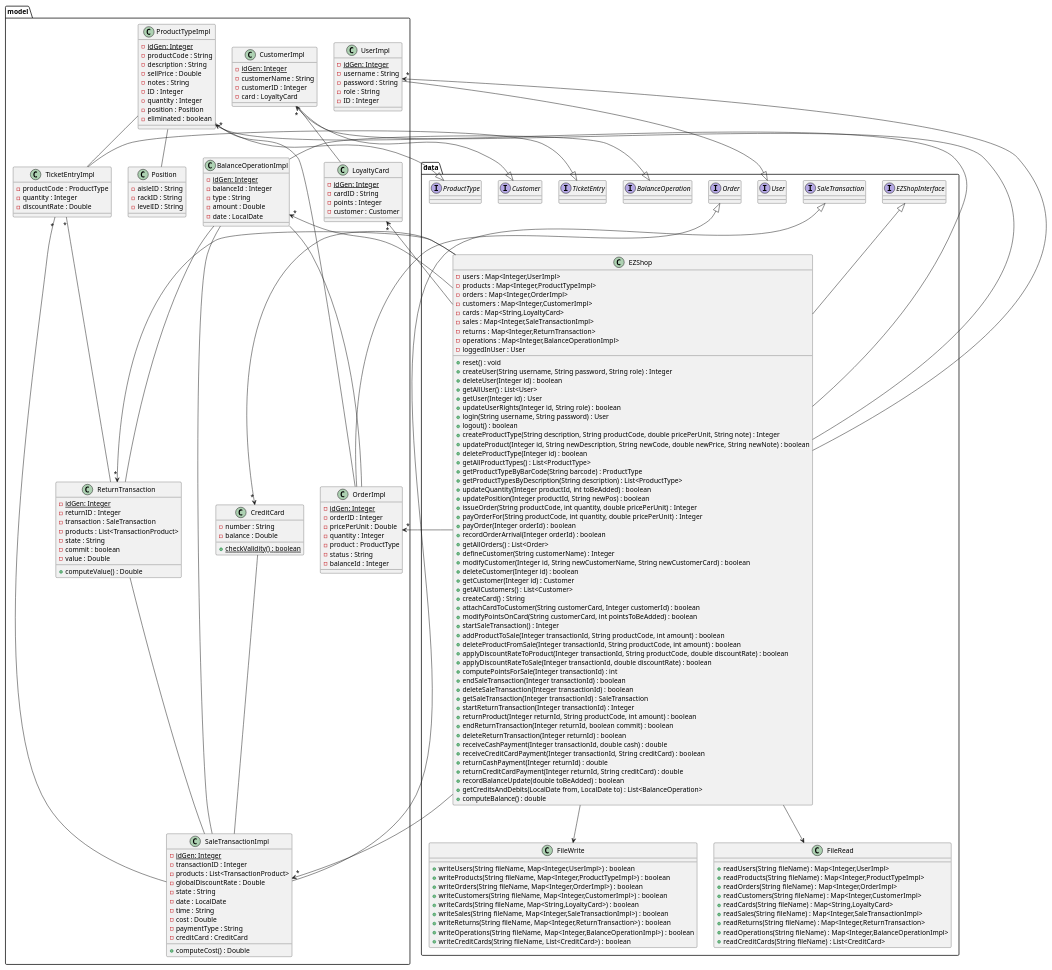
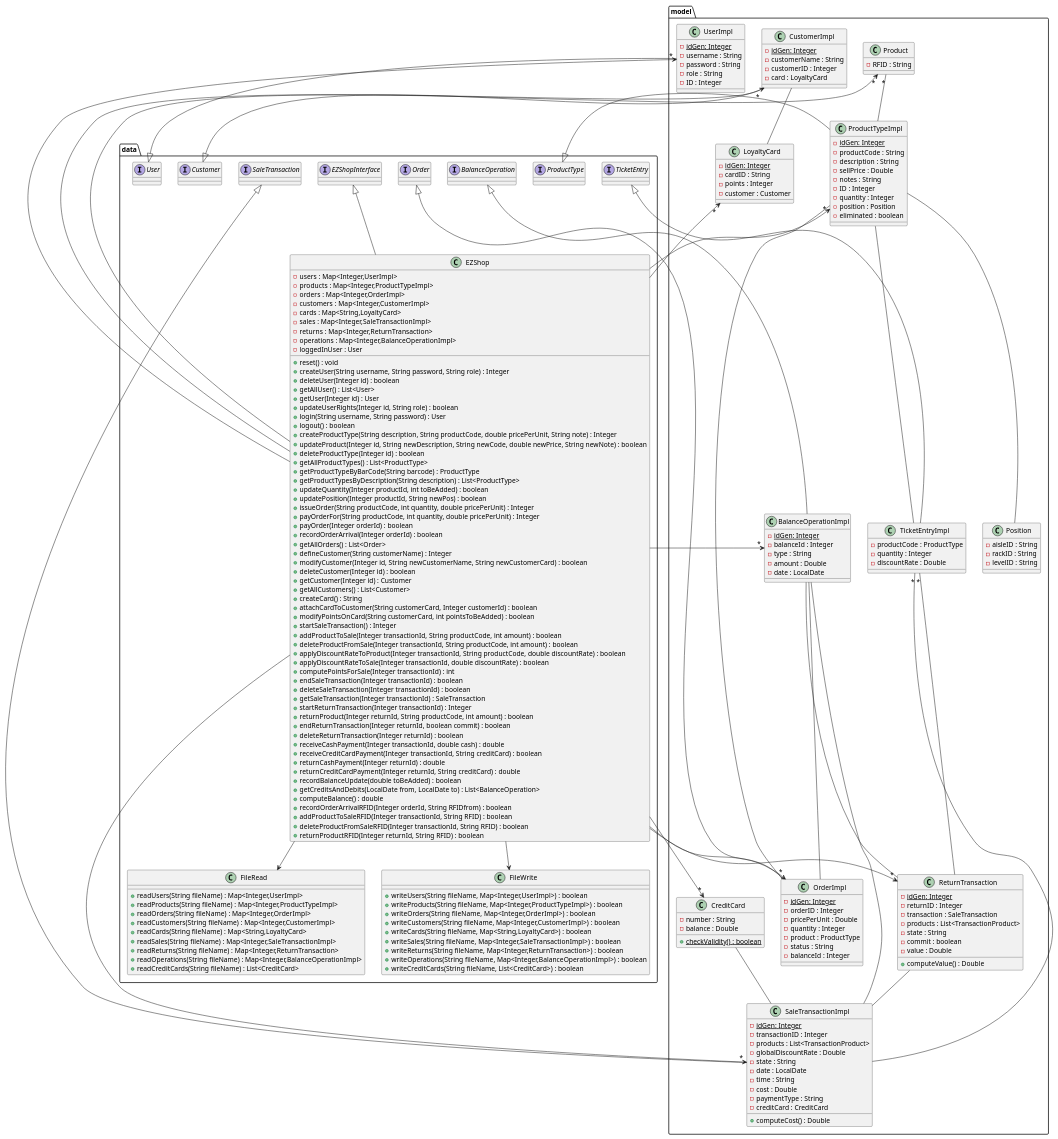
Before and after one commit to giuseppesalvi/ezshop: the second of 28 diagrams in Deliverables/DesignDocument.md, drawn with PlantUML. The commit also changed other lines of this file, not shown here.

```diff
--- a/Deliverables/DesignDocument.md
+++ b/Deliverables/DesignDocument.md
@@ -58,6 +58,10 @@
         -password : String
         -role : String
         -ID : Integer
+    }
+    
+    class Product{
+        -RFID : String
     }
 
 
@@ -212,6 +216,10 @@
         +recordBalanceUpdate(double toBeAdded) : boolean
         +getCreditsAndDebits(LocalDate from, LocalDate to) : List<BalanceOperation>
         +computeBalance() : double
+        +recordOrderArrivalRFID(Integer orderId, String RFIDfrom) : boolean
+        +addProductToSaleRFID(Integer transactionId, String RFID) : boolean
+        +deleteProductFromSaleRFID(Integer transactionId, String RFID) : boolean 
+        +returnProductRFID(Integer returnId, String RFID) : boolean
     }
 
     Class FileRead{
@@ -257,6 +265,7 @@
 BalanceOperationImpl -- ReturnTransaction
 BalanceOperationImpl -- SaleTransactionImpl
 CreditCard -- SaleTransactionImpl
+Product "*" -- ProductTypeImpl
 ProductTypeImpl -- OrderImpl
 ProductTypeImpl -- TicketEntryImpl
 ProductTypeImpl -- Position
@@ -274,6 +283,7 @@
 
 EZShop -up-> "*" UserImpl
 EZShop -up-> "*" ProductTypeImpl
+EZShop -up-> "*" Product
 EZShop -up-> "*" OrderImpl
 EZShop -up-> "*" CustomerImpl
 EZShop -up-> "*" LoyaltyCard
```
